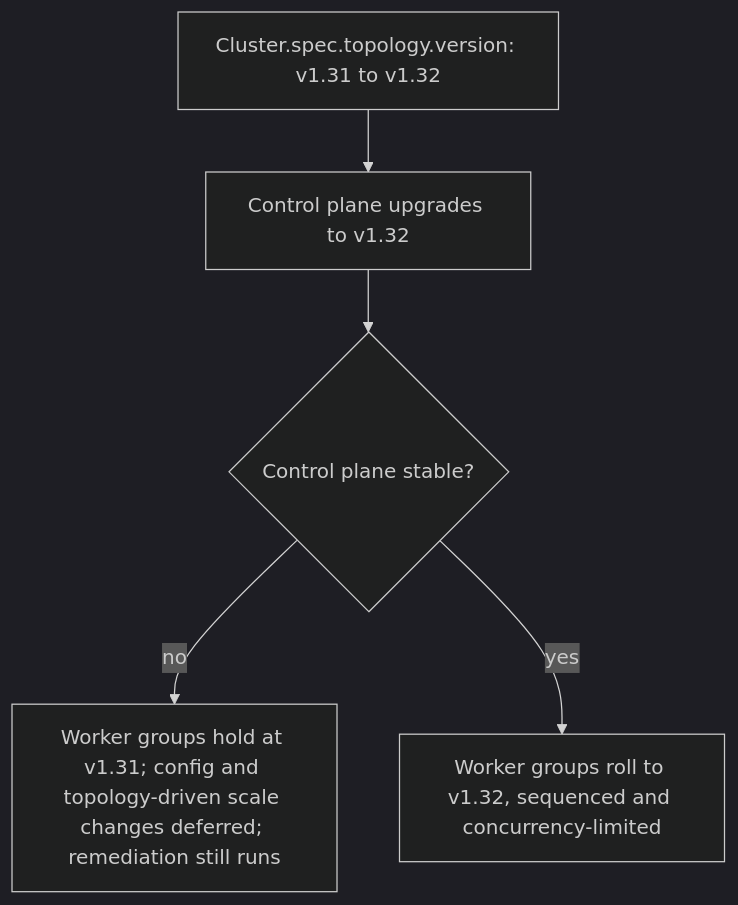
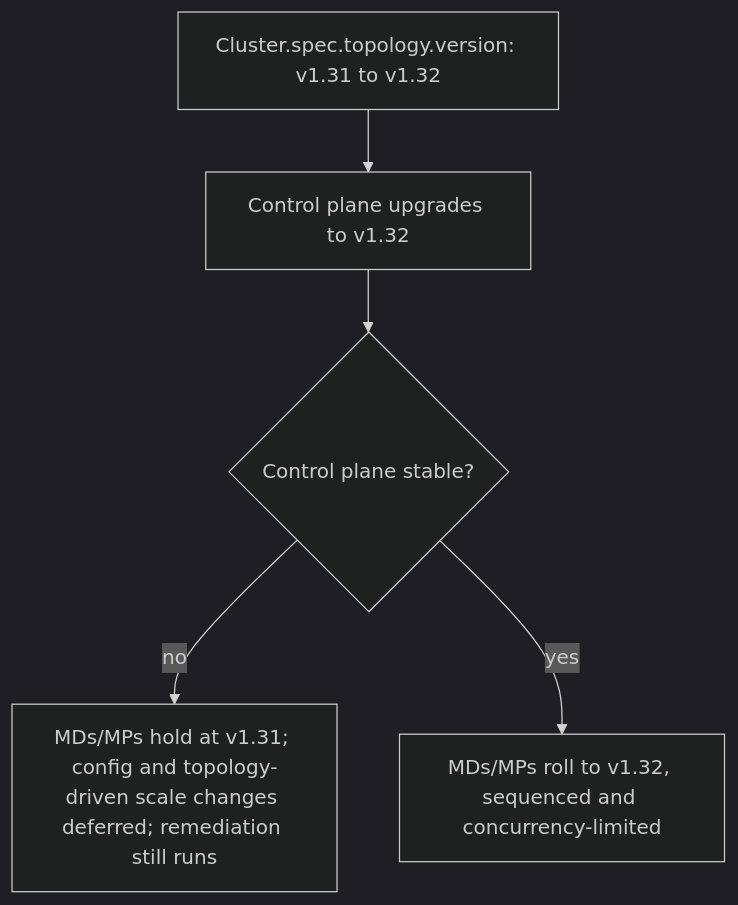
Before and after one commit to kubernetes-sigs/cluster-api: the first of 2 diagrams in docs/proposals/20260706-independent-worker-topology-versions.md, drawn with Mermaid (dark theme). The commit also changed other lines of this file, not shown here.

First line of the commit message:
📖 Address review feedback on worker version pinning proposal

````diff
--- a/docs/proposals/20260706-independent-worker-topology-versions.md
+++ b/docs/proposals/20260706-independent-worker-topology-versions.md
@@ -127,7 +128,7 @@
 ```mermaid
 flowchart TD
   V["Cluster.spec.topology.version: v1.31 to v1.32"] --> CP["Control plane upgrades to v1.32"]
   CP --> G{"Control plane stable?"}
-  G -->|no| H["Worker groups hold at v1.31; config and topology-driven scale changes deferred; remediation still runs"]
-  G -->|yes| R["Worker groups roll to v1.32, sequenced and concurrency-limited"]
+  G -->|no| H["MDs/MPs hold at v1.31; config and topology-driven scale changes deferred; remediation still runs"]
+  G -->|yes| R["MDs/MPs roll to v1.32, sequenced and concurrency-limited"]
 ```
````
